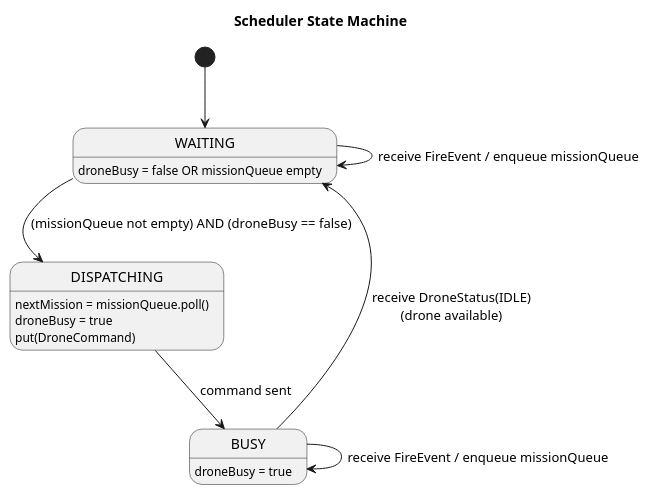
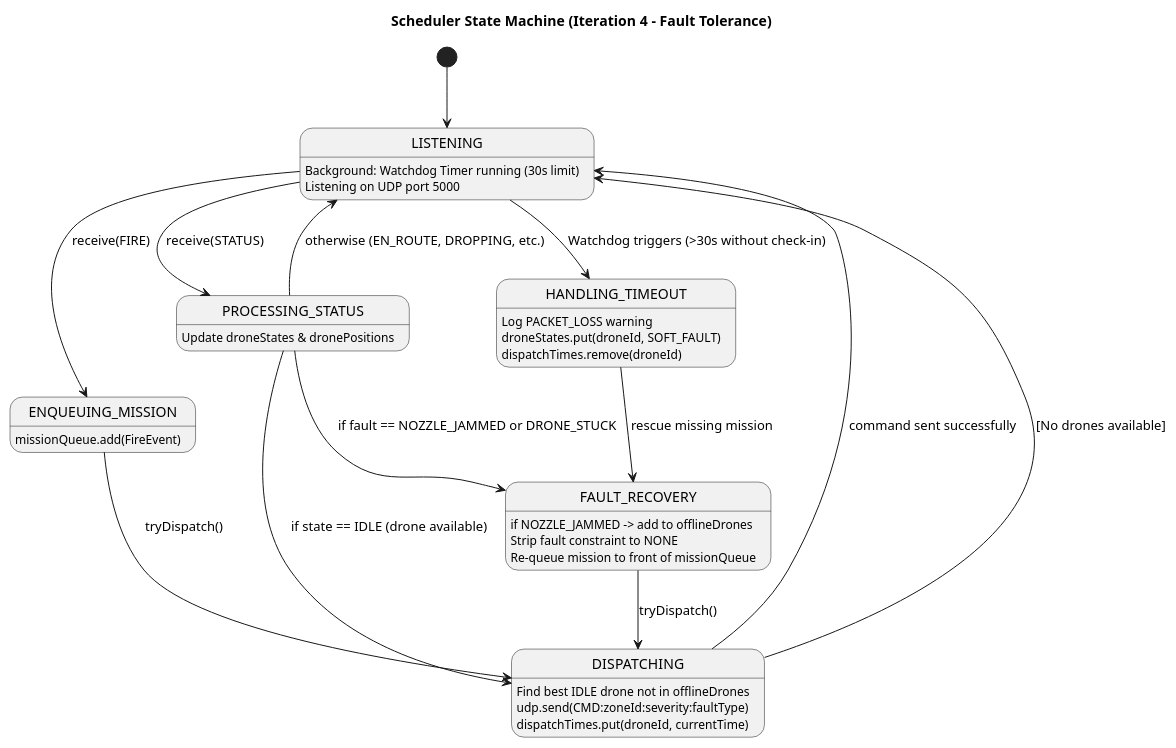
Before and after one commit to UMNIYAH/Firefighting-Drone-Swarm: the diagram in Diagrams/Scheduler State Machine Diagram.puml, drawn with PlantUML. The commit also changed 9 other files, not shown here.

Commit message:
- Updated UML

```diff
--- a/Diagrams/Scheduler State Machine Diagram.puml
+++ b/Diagrams/Scheduler State Machine Diagram.puml
@@ -1,28 +1,48 @@
 @startuml
-title Scheduler State Machine
+title Scheduler State Machine (Iteration 4 - Fault Tolerance)
 
-[*] --> WAITING
+[*] --> LISTENING
 
-state WAITING {
+state LISTENING {
 }
-WAITING : droneBusy = false OR missionQueue empty
+LISTENING : Background: Watchdog Timer running (30s limit)
+LISTENING : Listening on UDP port 5000
 
-WAITING --> DISPATCHING : (missionQueue not empty) AND (droneBusy == false)
+LISTENING --> ENQUEUING_MISSION : receive(FIRE)
+LISTENING --> PROCESSING_STATUS : receive(STATUS)
+LISTENING --> HANDLING_TIMEOUT : Watchdog triggers (>30s without check-in)
+
+state ENQUEUING_MISSION {
+}
+ENQUEUING_MISSION : missionQueue.add(FireEvent)
+ENQUEUING_MISSION --> DISPATCHING : tryDispatch()
+
+state PROCESSING_STATUS {
+}
+PROCESSING_STATUS : Update droneStates & dronePositions
+PROCESSING_STATUS --> FAULT_RECOVERY : if fault == NOZZLE_JAMMED or DRONE_STUCK
+PROCESSING_STATUS --> DISPATCHING : if state == IDLE (drone available)
+PROCESSING_STATUS --> LISTENING : otherwise (EN_ROUTE, DROPPING, etc.)
+
+state HANDLING_TIMEOUT {
+}
+HANDLING_TIMEOUT : Log PACKET_LOSS warning
+HANDLING_TIMEOUT : droneStates.put(droneId, SOFT_FAULT)
+HANDLING_TIMEOUT : dispatchTimes.remove(droneId)
+HANDLING_TIMEOUT --> FAULT_RECOVERY : rescue missing mission
+
+state FAULT_RECOVERY {
+}
+FAULT_RECOVERY : if NOZZLE_JAMMED -> add to offlineDrones
+FAULT_RECOVERY : Strip fault constraint to NONE
+FAULT_RECOVERY : Re-queue mission to front of missionQueue
+FAULT_RECOVERY --> DISPATCHING : tryDispatch()
 
 state DISPATCHING {
 }
-DISPATCHING : nextMission = missionQueue.poll()
-DISPATCHING : droneBusy = true
-DISPATCHING : put(DroneCommand)
-DISPATCHING --> BUSY : command sent
-
-state BUSY {
-}
-BUSY : droneBusy = true
-
-BUSY --> BUSY : receive FireEvent / enqueue missionQueue
-BUSY --> WAITING : receive DroneStatus(IDLE)\n(drone available)
-
-WAITING --> WAITING : receive FireEvent / enqueue missionQueue
-
+DISPATCHING : Find best IDLE drone not in offlineDrones
+DISPATCHING : udp.send(CMD:zoneId:severity:faultType)
+DISPATCHING : dispatchTimes.put(droneId, currentTime)
+DISPATCHING --> LISTENING : command sent successfully
+DISPATCHING --> LISTENING : [No drones available]
 @enduml
```
